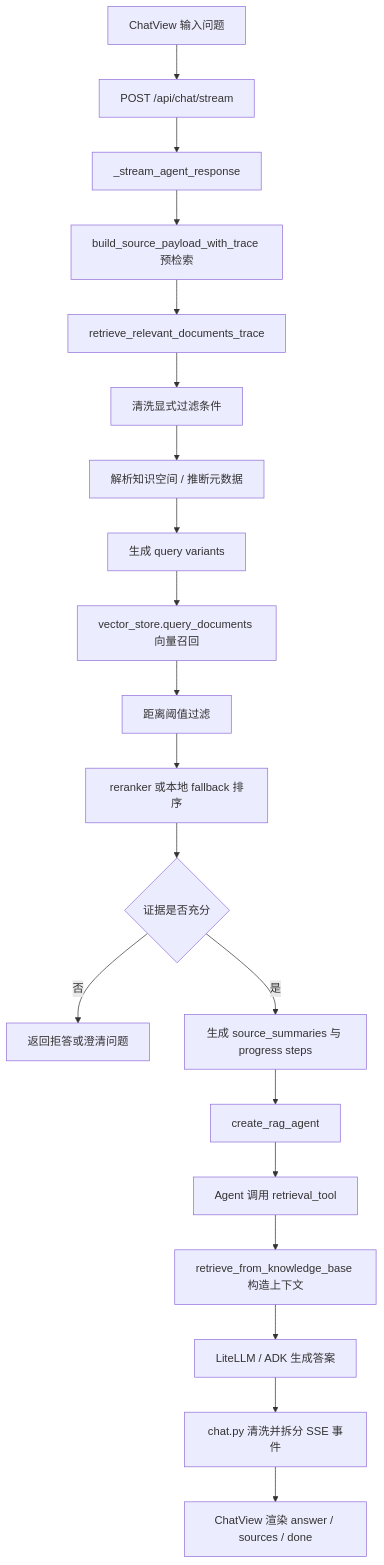
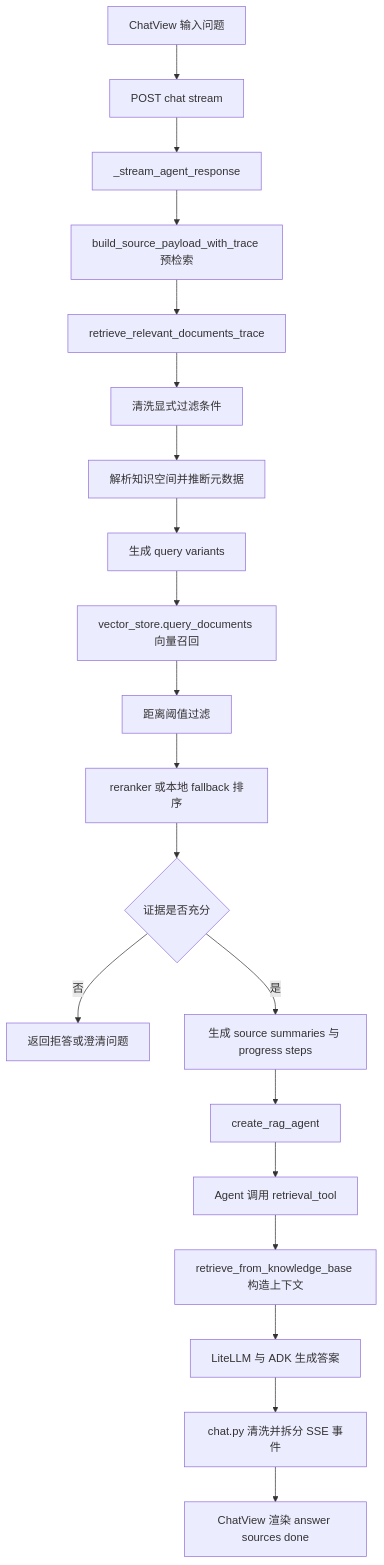
Before and after one commit to emotion-exit/rag-agent: the fifth of 6 diagrams in docs/项目执行流程分析.md, drawn with Mermaid. The commit also changed other lines of this file and 10 other files, not shown here.

````diff
--- a/docs/项目执行流程分析.md
+++ b/docs/项目执行流程分析.md
@@ -412,22 +412,22 @@
 ```mermaid
 flowchart TD
-    A[ChatView 输入问题] --> B[POST /api/chat/stream]
-    B --> C[_stream_agent_response]
-    C --> D[build_source_payload_with_trace 预检索]
-    D --> E[retrieve_relevant_documents_trace]
-    E --> F[清洗显式过滤条件]
-    F --> G[解析知识空间 / 推断元数据]
-    G --> H[生成 query variants]
-    H --> I[vector_store.query_documents 向量召回]
-    I --> J[距离阈值过滤]
-    J --> K[reranker 或本地 fallback 排序]
-    K --> L{证据是否充分}
-    L -- 否 --> M[返回拒答或澄清问题]
-    L -- 是 --> N[生成 source_summaries 与 progress steps]
-    N --> O[create_rag_agent]
-    O --> P[Agent 调用 retrieval_tool]
-    P --> Q[retrieve_from_knowledge_base 构造上下文]
-    Q --> R[LiteLLM / ADK 生成答案]
-    R --> S[chat.py 清洗并拆分 SSE 事件]
-    S --> T[ChatView 渲染 answer / sources / done]
+  A["ChatView 输入问题"] --> B["POST chat stream"]
+  B --> C["_stream_agent_response"]
+  C --> D["build_source_payload_with_trace 预检索"]
+  D --> E["retrieve_relevant_documents_trace"]
+  E --> F["清洗显式过滤条件"]
+  F --> G["解析知识空间并推断元数据"]
+  G --> H["生成 query variants"]
+  H --> I["vector_store.query_documents 向量召回"]
+  I --> J["距离阈值过滤"]
+  J --> K["reranker 或本地 fallback 排序"]
+  K --> L{"证据是否充分"}
+  L -- "否" --> M["返回拒答或澄清问题"]
+  L -- "是" --> N["生成 source summaries 与 progress steps"]
+  N --> O["create_rag_agent"]
+  O --> P["Agent 调用 retrieval_tool"]
+  P --> Q["retrieve_from_knowledge_base 构造上下文"]
+  Q --> R["LiteLLM 与 ADK 生成答案"]
+  R --> S["chat.py 清洗并拆分 SSE 事件"]
+  S --> T["ChatView 渲染 answer sources done"]
 ```
````
